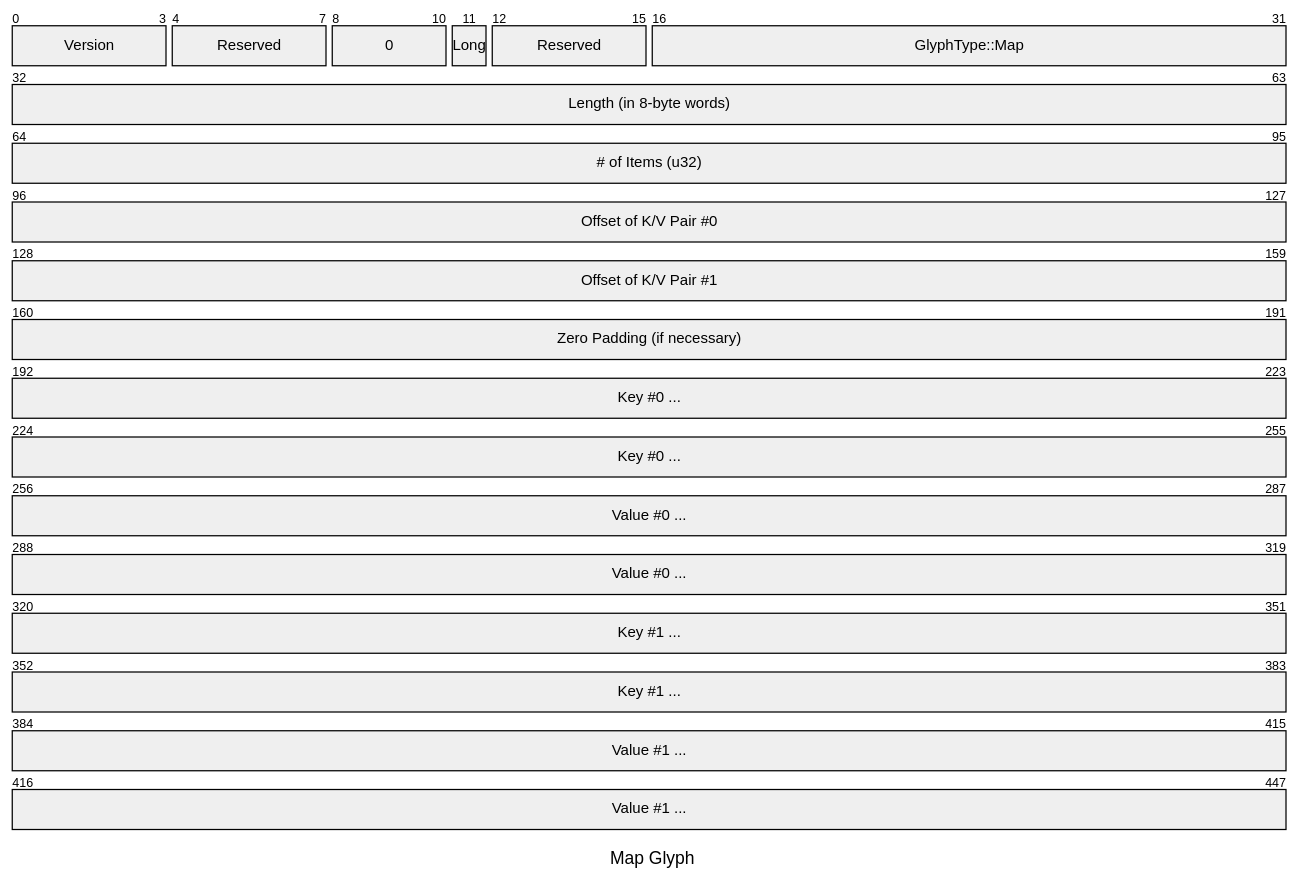
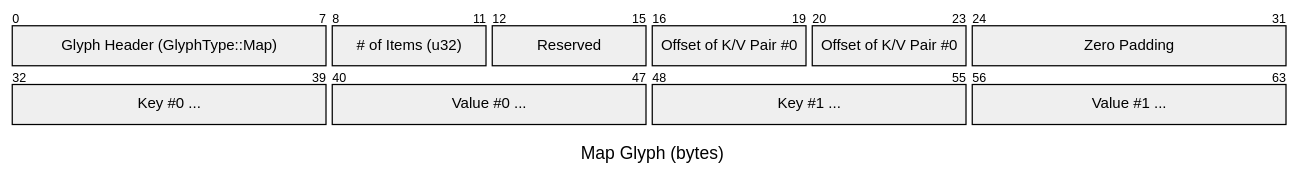
Diagram 13 of 15 in src/binary_formats.md (elara-themica/glifs-contributor-guide), drawn with Mermaid before and after one commit. The commit also changed other lines of this file, not shown here.

````diff
--- a/src/binary_formats.md
+++ b/src/binary_formats.md
@@ -384,21 +350,16 @@
 ```mermaid
 ---
-title: "Map Glyph"
+title: "Map Glyph (bytes)"
 ---
 packet-beta
-0-3: "Version"
-4-7: "Reserved"
-8-10: "0"
-11: "Long"
+0-7: "Glyph Header (GlyphType::Map)"
+8-11: "# of Items (u32)"
 12-15: "Reserved"
-16-31: "GlyphType::Map"
-32-63: "Length (in 8-byte words)"
-64-95: "# of Items (u32)"
-96-127: "Offset of K/V Pair #0"
-128-159: "Offset of K/V Pair #1"
-160-191: "Zero Padding (if necessary)"
-192-255: "Key #0 ..."
-256-319: "Value #0 ..."
-320-383: "Key #1 ..."
-384-447: "Value #1 ..."
+16-19: "Offset of K/V Pair #0"
+20-23: "Offset of K/V Pair #0"
+24-31: "Zero Padding"
+32-39: "Key #0 ..."
+40-47: "Value #0 ..."
+48-55: "Key #1 ..."
+56-63: "Value #1 ..."
 ```
````
